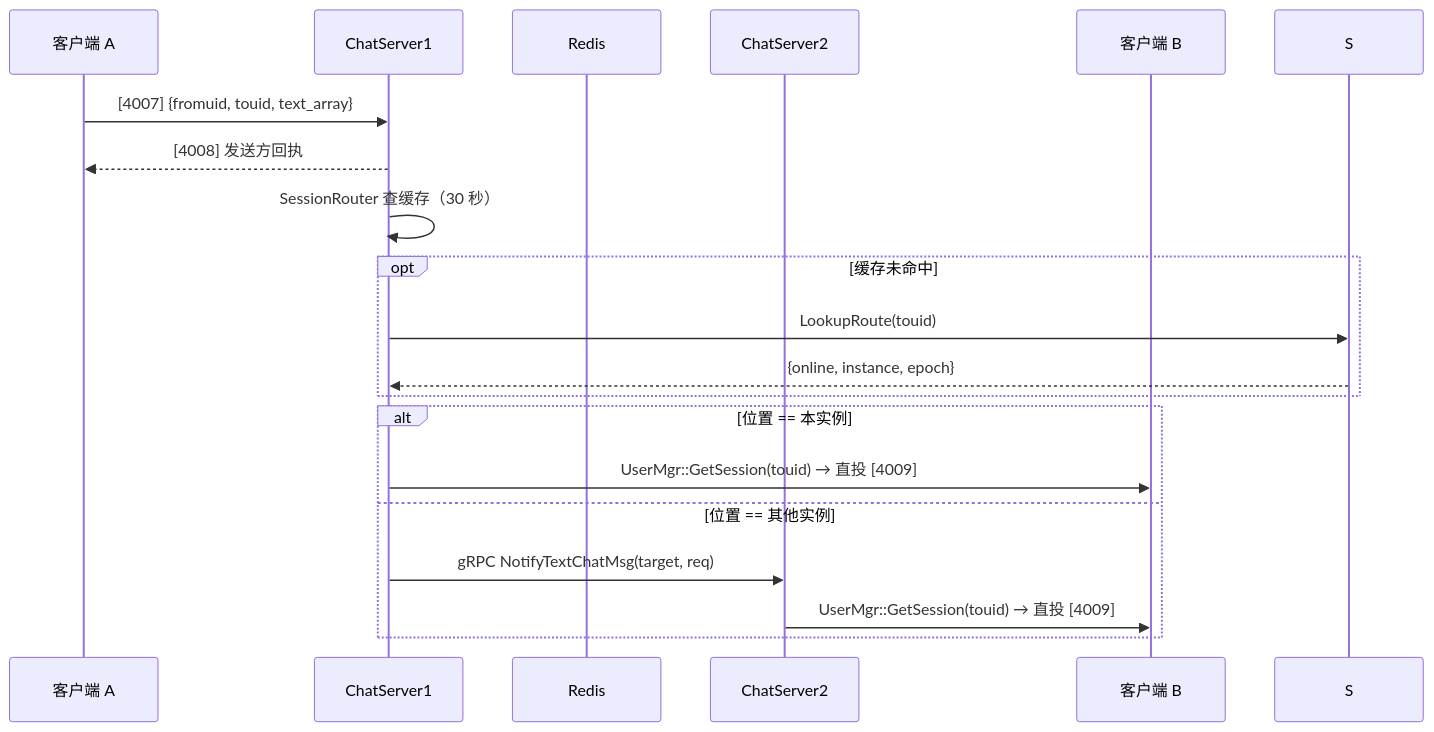
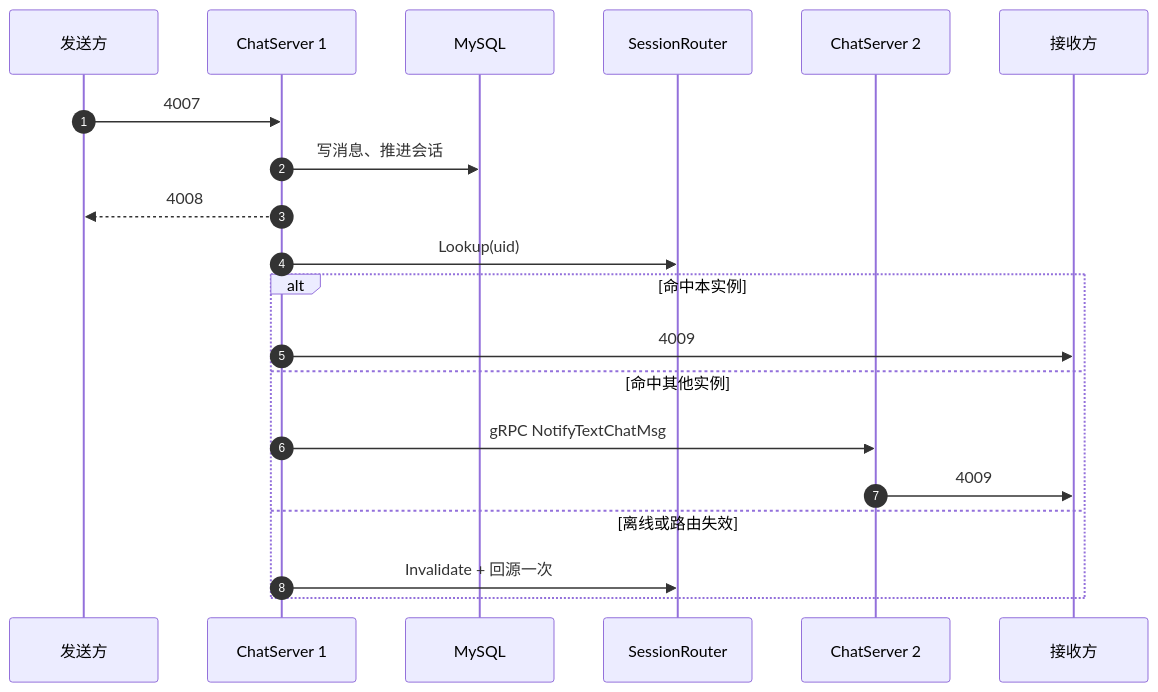
One commit to yrc920/yunjian changed the fifth of 6 diagrams in docs/01-architecture.md. Above: the diagram before and after it, drawn with Mermaid. The commit also changed other lines of this file and 49 other files, not shown here.

````diff
--- a/docs/01-architecture.md
+++ b/docs/01-architecture.md
@@ -181,22 +135,23 @@
 ```mermaid
 sequenceDiagram
-    participant A as 客户端 A
-    participant C1 as ChatServer1
-    participant R as Redis
-    participant C2 as ChatServer2
-    participant B as 客户端 B
+    autonumber
+    participant A as 发送方
+    participant C1 as ChatServer 1
+    participant DB as MySQL
+    participant SR as SessionRouter
+    participant C2 as ChatServer 2
+    participant B as 接收方
 
-    A->>C1: [4007] {fromuid, touid, text_array}
-    C1-->>A: [4008] 发送方回执
-    C1->>C1: SessionRouter 查缓存（30 秒）
-    opt 缓存未命中
-        C1->>S: LookupRoute(touid)
-        S-->>C1: {online, instance, epoch}
-    end
-    alt 位置 == 本实例
-        C1->>B: UserMgr::GetSession(touid) → 直投 [4009]
-    else 位置 == 其他实例
-        C1->>C2: gRPC NotifyTextChatMsg(target, req)
-        C2->>B: UserMgr::GetSession(touid) → 直投 [4009]
+    A->>C1: 4007
+    C1->>DB: 写消息、推进会话
+    C1-->>A: 4008
+    C1->>SR: Lookup(uid)
+    alt 命中本实例
+        C1->>B: 4009
+    else 命中其他实例
+        C1->>C2: gRPC NotifyTextChatMsg
+        C2->>B: 4009
+    else 离线或路由失效
+        C1->>SR: Invalidate + 回源一次
     end
 ```
````
